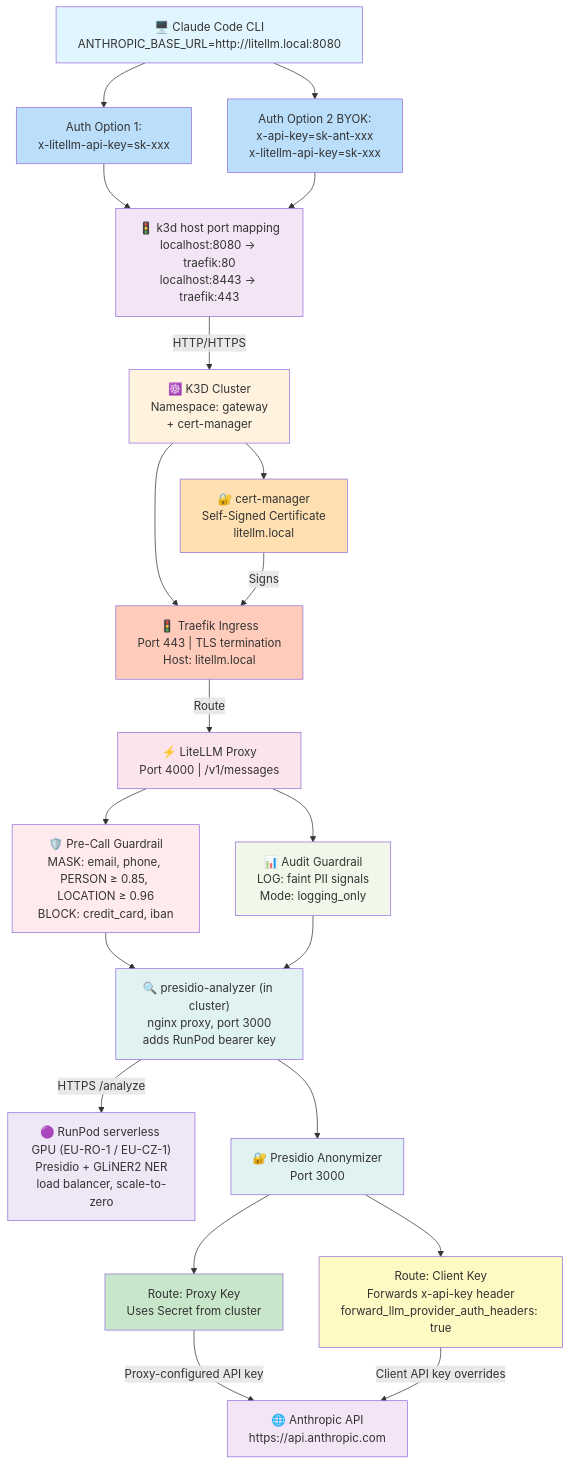
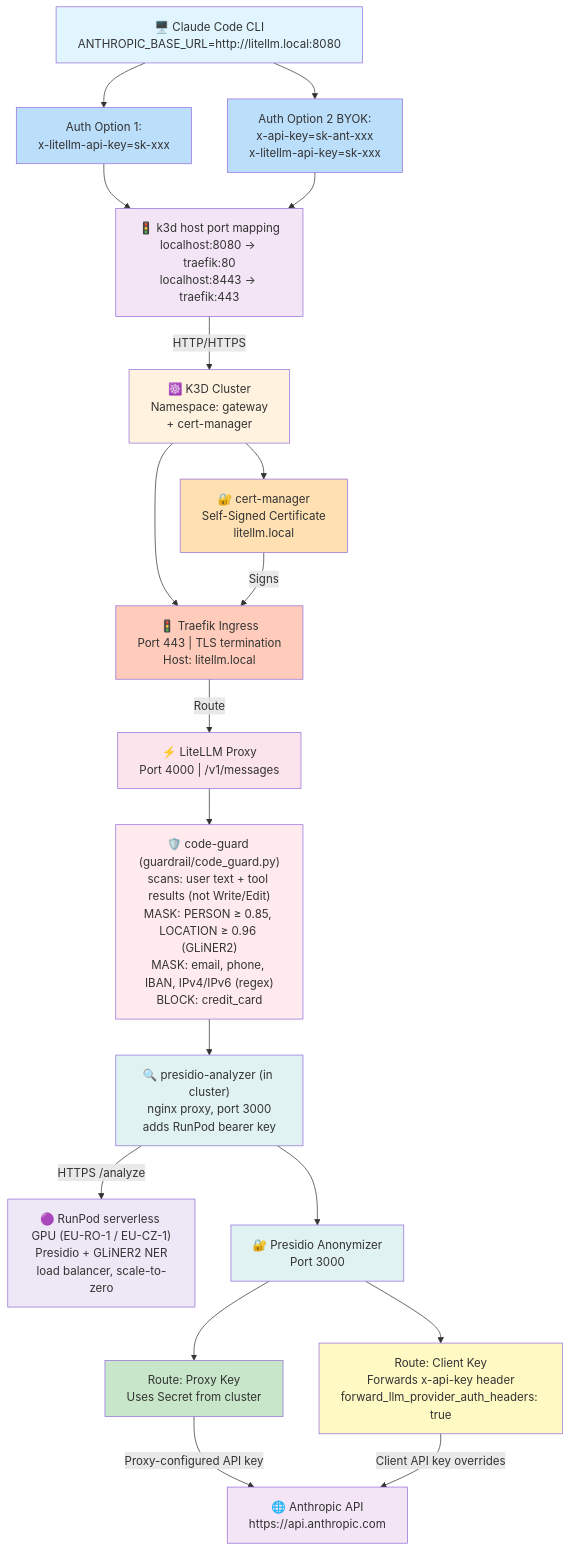
The diagram in README.md (bricelalu/claude-code-pii-guardian), drawn with Mermaid before and after one commit. The commit also changed other lines of this file and 29 other files, not shown here.

````diff
--- a/README.md
+++ b/README.md
@@ -131,72 +138,67 @@
 ```mermaid
 graph TD
     CLI["🖥️ Claude Code CLI<br/>ANTHROPIC_BASE_URL=http://litellm.local:8080"]
     
     CLI1["Auth Option 1:<br/>x-litellm-api-key=sk-xxx"]
     CLI2["Auth Option 2 BYOK:<br/>x-api-key=sk-ant-xxx<br/>x-litellm-api-key=sk-xxx"]
     
     PF["🚦 k3d host port mapping<br/>localhost:8080 → traefik:80<br/>localhost:8443 → traefik:443"]
     
     K3D["☸️ K3D Cluster<br/>Namespace: gateway<br/>+ cert-manager"]
     
     CERT["🔐 cert-manager<br/>Self-Signed Certificate<br/>litellm.local"]
     
     TRAEFIK["🚦 Traefik Ingress<br/>Port 443 | TLS termination<br/>Host: litellm.local"]
     
     LLM["⚡ LiteLLM Proxy<br/>Port 4000 | /v1/messages"]
     
-    PRE["🛡️ Pre-Call Guardrail<br/>MASK: email, phone, PERSON ≥ 0.85, LOCATION ≥ 0.96<br/>BLOCK: credit_card, iban"]
-    
-    AUDIT["📊 Audit Guardrail<br/>LOG: faint PII signals<br/>Mode: logging_only"]
+    PRE["🛡️ code-guard (guardrail/code_guard.py)<br/>scans: user text + tool results (not Write/Edit)<br/>MASK: PERSON ≥ 0.85, LOCATION ≥ 0.96 (GLiNER2)<br/>MASK: email, phone, IBAN, IPv4/IPv6 (regex)<br/>BLOCK: credit_card"]
     
     ANALYZER["🔍 presidio-analyzer (in cluster)<br/>nginx proxy, port 3000<br/>adds RunPod bearer key"]
     
     RUNPOD["🟣 RunPod serverless GPU (EU-RO-1 / EU-CZ-1)<br/>Presidio + GLiNER2 NER<br/>load balancer, scale-to-zero"]
     
     ANON["🔐 Presidio Anonymizer<br/>Port 3000"]
     
     ROUTE1["Route: Proxy Key<br/>Uses Secret from cluster"]
     ROUTE2["Route: Client Key<br/>Forwards x-api-key header<br/>forward_llm_provider_auth_headers: true"]
     
     ANTHROPIC["🌐 Anthropic API<br/>https://api.anthropic.com"]
     
     CLI --> CLI1
     CLI --> CLI2
     CLI1 --> PF
     CLI2 --> PF
     PF -->|HTTP/HTTPS| K3D
     K3D --> CERT
     K3D --> TRAEFIK
     CERT -->|Signs| TRAEFIK
     TRAEFIK -->|Route| LLM
     
     LLM --> PRE
-    LLM --> AUDIT
     PRE --> ANALYZER
-    AUDIT --> ANALYZER
     ANALYZER -->|HTTPS /analyze| RUNPOD
     ANALYZER --> ANON
     
     ANON --> ROUTE1
     ANON --> ROUTE2
     
     ROUTE1 -->|Proxy-configured API key| ANTHROPIC
     ROUTE2 -->|Client API key overrides| ANTHROPIC
     
     style CLI fill:#e1f5ff
     style CLI1 fill:#bbdefb
     style CLI2 fill:#bbdefb
     style PF fill:#f3e5f5
     style K3D fill:#fff3e0
     style CERT fill:#ffe0b2
     style TRAEFIK fill:#ffccbc
     style LLM fill:#fce4ec
     style PRE fill:#ffebee
-    style AUDIT fill:#f1f8e9
     style ANALYZER fill:#e0f2f1
     style RUNPOD fill:#ede7f6
     style ANON fill:#e0f2f1
     style ROUTE1 fill:#c8e6c9
     style ROUTE2 fill:#fff9c4
     style ANTHROPIC fill:#f3e5f5
 ```
````
